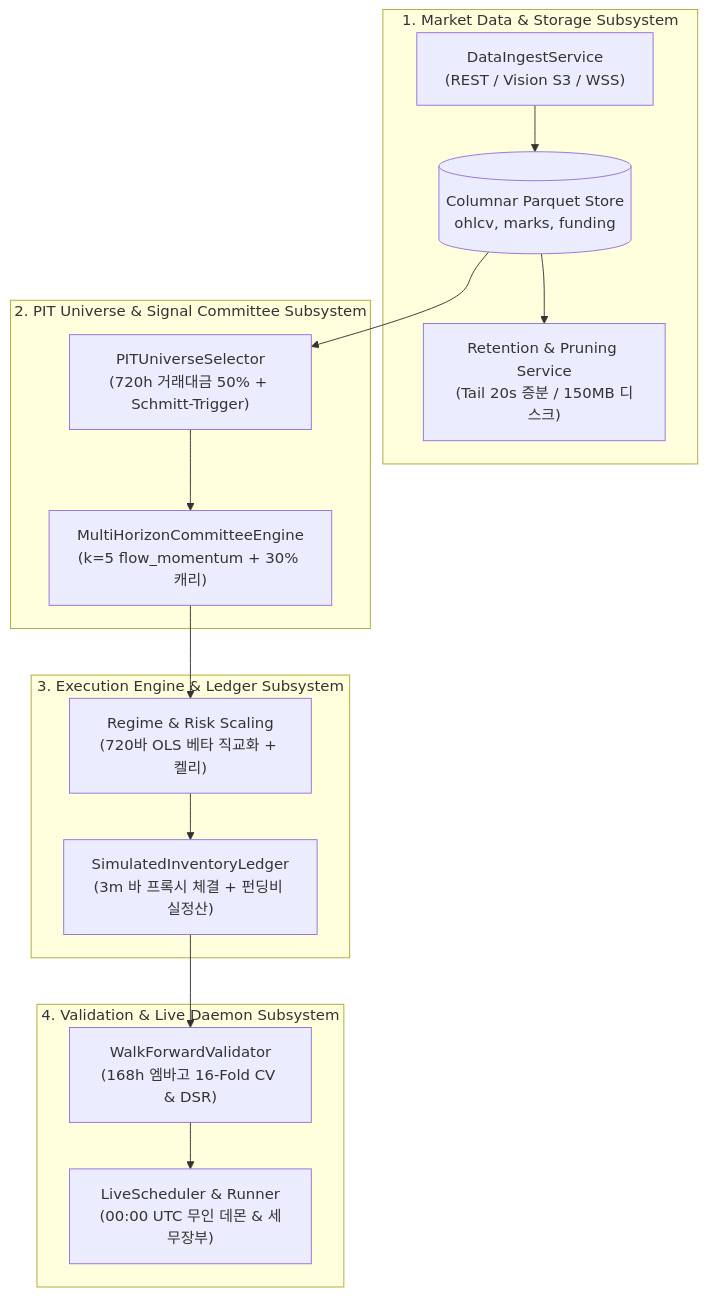
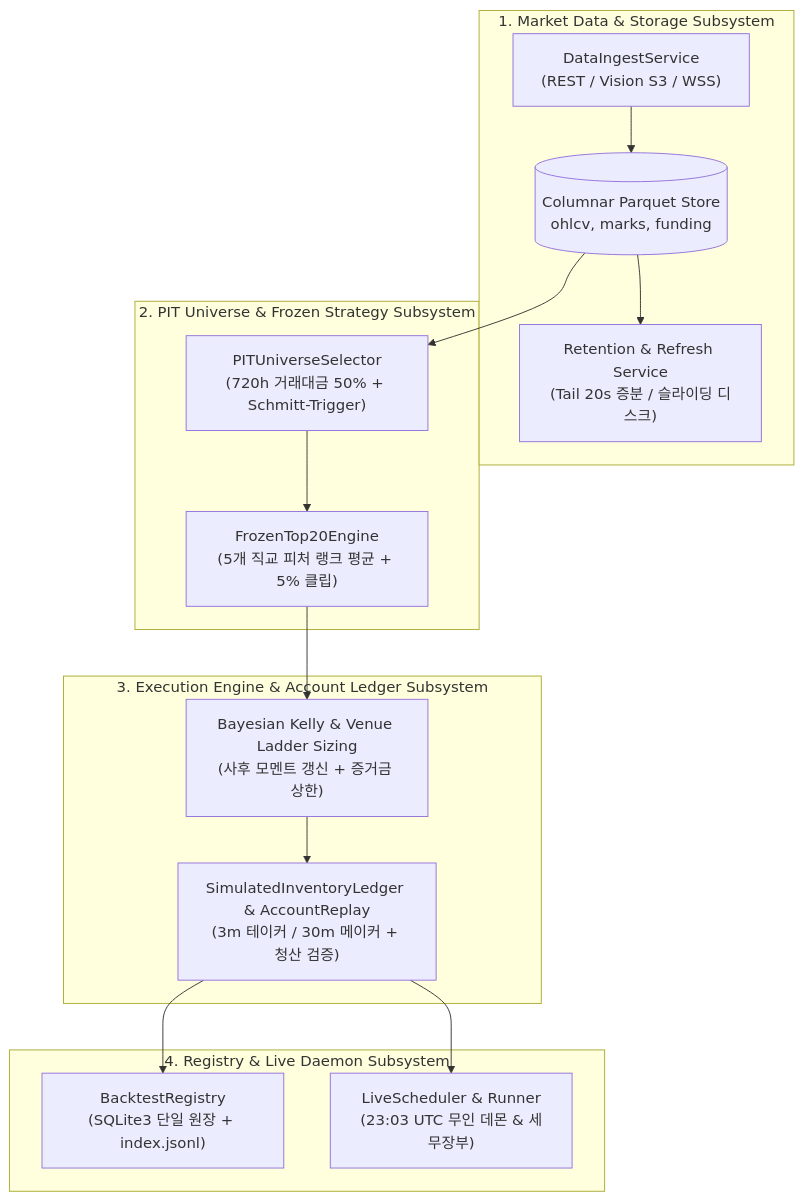
One commit to KTHYEONG/crypto-pilot changed the diagram in docs/architecture/components.md. Above: the diagram before and after it, drawn with Mermaid. The commit also changed other lines of this file and 5 other files, not shown here.

First line of the commit message:
docs: 최신 Frozen 전략·메이커 집행·베이지안 Kelly 반영 아키텍처 문서 동기화

````diff
--- a/docs/architecture/components.md
+++ b/docs/architecture/components.md
@@ -9,27 +9,28 @@
 ```mermaid
 flowchart TD
     subgraph SS1 ["1. Market Data & Storage Subsystem"]
         DataIngest["DataIngestService\n(REST / Vision S3 / WSS)"]
-        Retention["Retention & Pruning Service\n(Tail 20s 증분 / 150MB 디스크)"]
+        Retention["Retention & Refresh Service\n(Tail 20s 증분 / 슬라이딩 디스크)"]
         ParquetStore[("Columnar Parquet Store\nohlcv, marks, funding")]
         DataIngest --> ParquetStore --> Retention
     end
 
-    subgraph SS2 ["2. PIT Universe & Signal Committee Subsystem"]
+    subgraph SS2 ["2. PIT Universe & Frozen Strategy Subsystem"]
         PITUniv["PITUniverseSelector\n(720h 거래대금 50% + Schmitt-Trigger)"]
-        Committee["MultiHorizonCommitteeEngine\n(k=5 flow_momentum + 30% 캐리)"]
-        ParquetStore --> PITUniv --> Committee
+        Strategy["FrozenTop20Engine\n(5개 직교 피처 랭크 평균 + 5% 클립)"]
+        ParquetStore --> PITUniv --> Strategy
     end
 
-    subgraph SS3 ["3. Execution Engine & Ledger Subsystem"]
-        Regime["Regime & Risk Scaling\n(720바 OLS 베타 직교화 + 켈리)"]
-        Ledger["SimulatedInventoryLedger\n(3m 바 프록시 체결 + 펀딩비 실정산)"]
-        Committee --> Regime --> Ledger
+    subgraph SS3 ["3. Execution Engine & Account Ledger Subsystem"]
+        Sizing["Bayesian Kelly & Venue Ladder Sizing\n(사후 모멘트 갱신 + 증거금 상한)"]
+        Ledger["SimulatedInventoryLedger & AccountReplay\n(3m 테이커 / 30m 메이커 + 청산 검증)"]
+        Strategy --> Sizing --> Ledger
     end
 
-    subgraph SS4 ["4. Validation & Live Daemon Subsystem"]
-        Validator["WalkForwardValidator\n(168h 엠바고 16-Fold CV & DSR)"]
-        LiveDaemon["LiveScheduler & Runner\n(00:00 UTC 무인 데몬 & 세무장부)"]
-        Ledger --> Validator --> LiveDaemon
+    subgraph SS4 ["4. Registry & Live Daemon Subsystem"]
+        Registry["BacktestRegistry\n(SQLite3 단일 원장 + index.jsonl)"]
+        LiveDaemon["LiveScheduler & Runner\n(23:03 UTC 무인 데몬 & 세무장부)"]
+        Ledger --> Registry
+        Ledger --> LiveDaemon
     end
 ```
````
